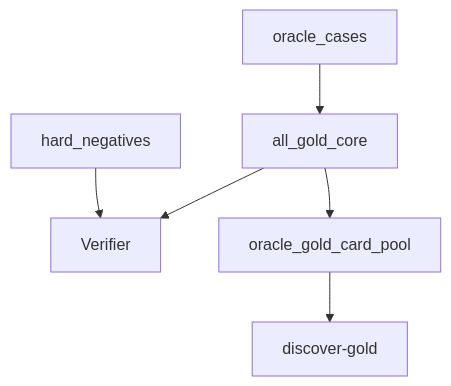
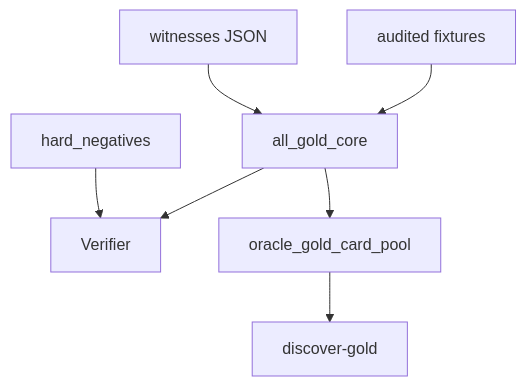
Before and after one commit to witzbeck/mtg-loop-engine: the diagram in src/mtg_loop_engine/corpus/gold_core/README.md, drawn with Mermaid. The commit also changed other lines of this file and 18 other files, not shown here.

First line of the commit message:
Freeze seven Oracle gold witnesses as independent JSON artifacts. (#39)

````diff
--- a/src/mtg_loop_engine/corpus/gold_core/README.md
+++ b/src/mtg_loop_engine/corpus/gold_core/README.md
@@ -12,8 +12,9 @@
 ```mermaid
 graph TB;
-  oracleCases[oracle_cases] --> positives[all_gold_core];
+  witnesses[witnesses JSON] --> positives[all_gold_core];
+  fixtures[audited fixtures] --> positives;
   hardNeg[hard_negatives] --> verifier[Verifier];
   positives --> verifier;
   positives --> pool[oracle_gold_card_pool];
   pool --> discover[discover-gold];
 ```
````
